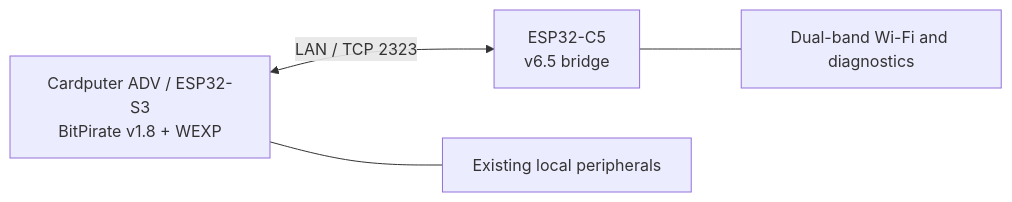
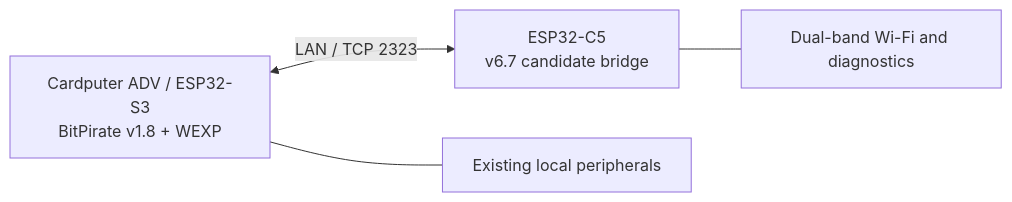
The diagram in README.md (24gb86mgyr-cmd/BitPirateC5WirelessExpander), drawn with Mermaid before and after one commit. The commit also changed other lines of this file and 5 other files, not shown here.

Commit message:
Document v6.7 bridge-safe candidate and verified mode 26 command inventory

````diff
--- a/README.md
+++ b/README.md
@@ -29,6 +29,6 @@
 ```mermaid
 flowchart LR
-    A["Cardputer ADV / ESP32-S3<br/>BitPirate v1.8 + WEXP"] <-->|"LAN / TCP 2323"| B["ESP32-C5<br/>v6.5 bridge"]
+    A["Cardputer ADV / ESP32-S3<br/>BitPirate v1.8 + WEXP"] <-->|"LAN / TCP 2323"| B["ESP32-C5<br/>v6.7 candidate bridge"]
     A --- C["Existing local peripherals"]
     B --- D["Dual-band Wi-Fi and diagnostics"]
 ```
````
